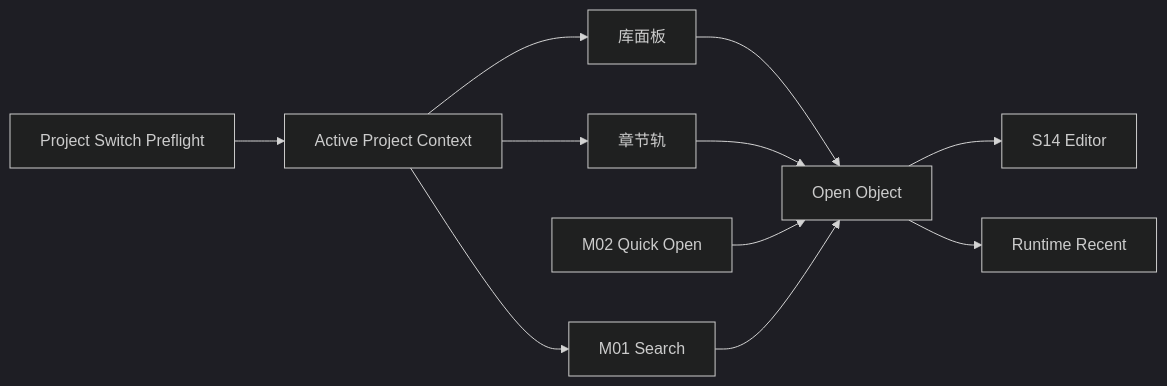
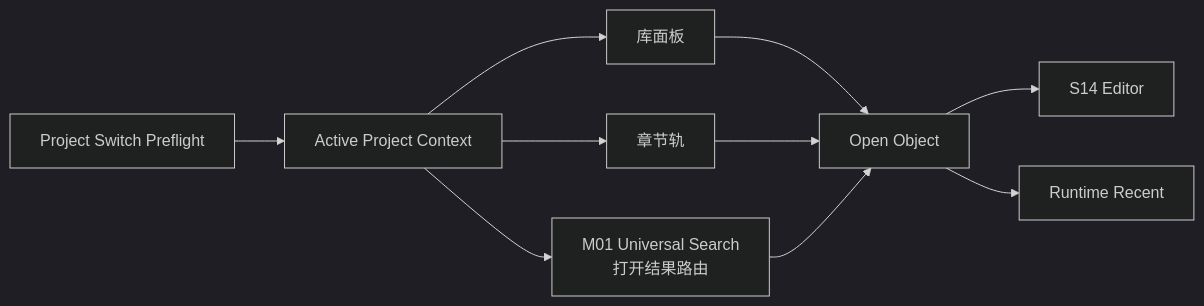
Before and after one commit to jinhuang712/open-novel: the diagram in spec/M16-project-library-and-navigation.md, drawn with Mermaid (dark theme). The commit also changed 29 other files, not shown here.

````diff
--- a/spec/M16-project-library-and-navigation.md
+++ b/spec/M16-project-library-and-navigation.md
@@ -19,13 +19,12 @@
 ```mermaid
 flowchart LR
   ProjectGate[Project Switch Preflight] --> ProjectContext[Active Project Context]
   Library[库面板] --> Open[Open Object]
   Rail[章节轨] --> Open
-  Quick[M02 Quick Open] --> Open
-  Search[M01 Search] --> Open
+  Search[M01 Universal Search<br/>打开结果路由] --> Open
   Open --> Editor[S14 Editor]
   Open --> Recent[Runtime Recent]
   ProjectContext --> Library
   ProjectContext --> Rail
   ProjectContext --> Search
 ```
````
